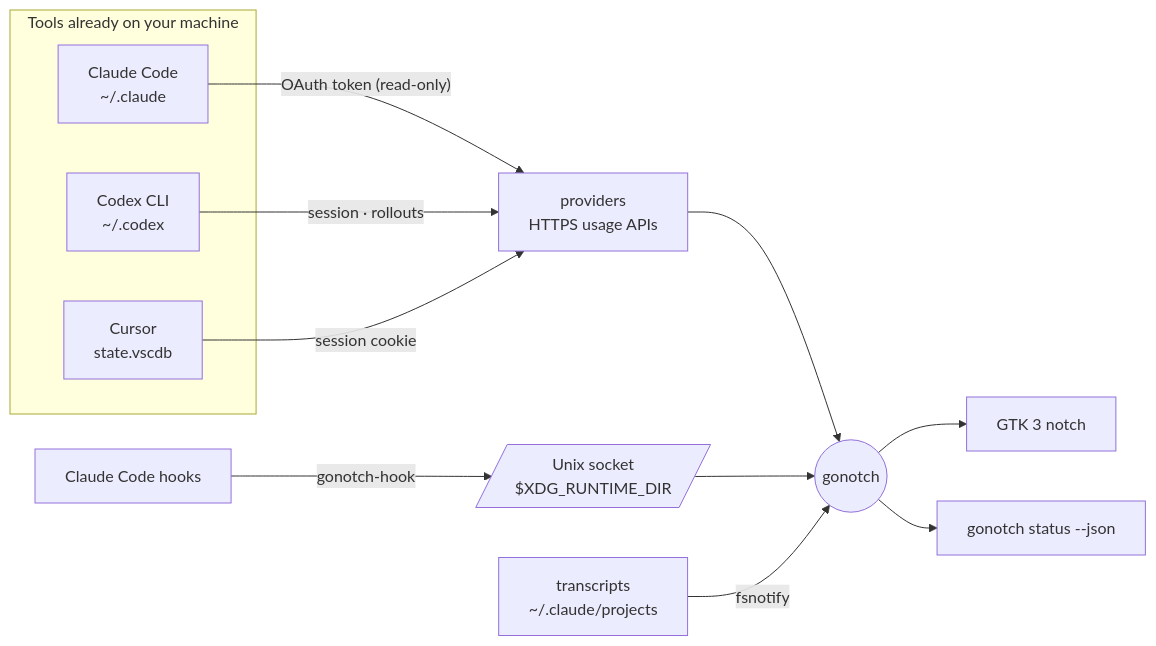
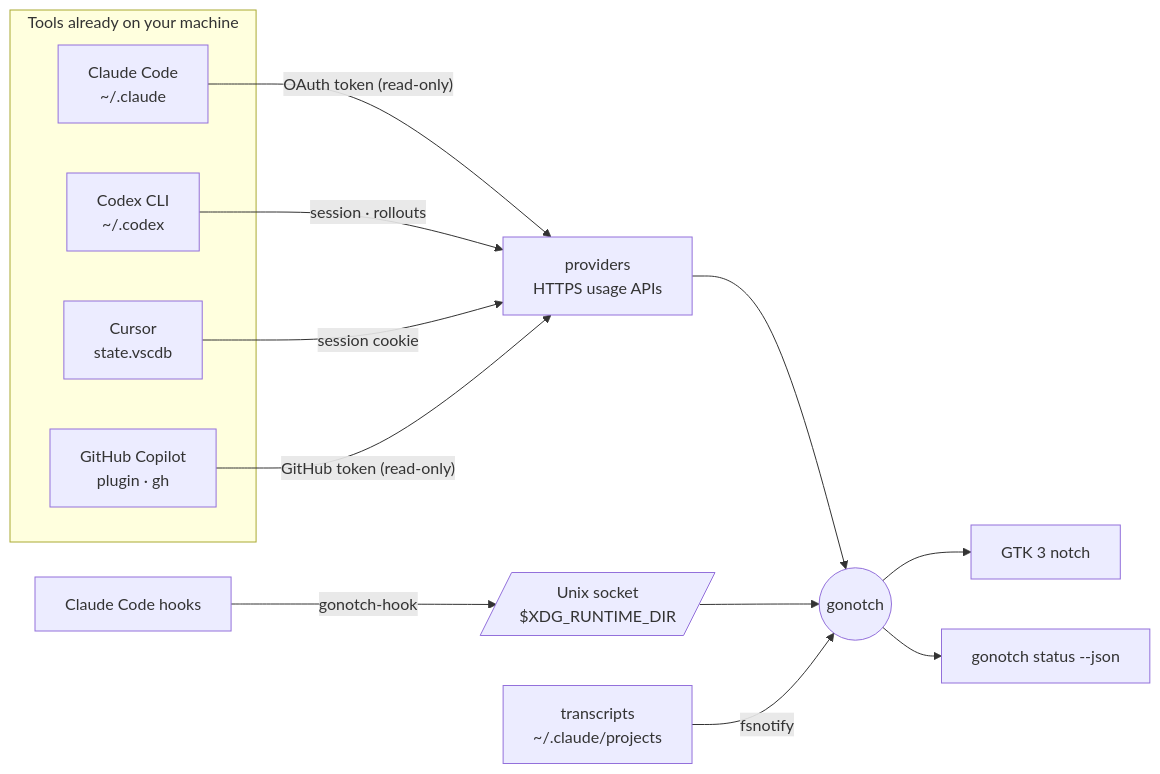
Before and after one commit to Leock9/gonotch: the diagram in README.md, drawn with Mermaid. The commit also changed other lines of this file and 11 other files, not shown here.

First line of the commit message:
Add GitHub Copilot provider

````diff
--- a/README.md
+++ b/README.md
@@ -140,17 +141,19 @@
 ```mermaid
 flowchart LR
     subgraph machine["Tools already on your machine"]
         CC["Claude Code<br/>~/.claude"]
         CX["Codex CLI<br/>~/.codex"]
         CU["Cursor<br/>state.vscdb"]
+        GH["GitHub Copilot<br/>plugin · gh"]
     end
     CC -- "OAuth token (read-only)" --> P
     CX -- "session · rollouts" --> P
     CU -- "session cookie" --> P
+    GH -- "GitHub token (read-only)" --> P
     P["providers<br/>HTTPS usage APIs"] --> A(("gonotch"))
     H["Claude Code hooks"] -- "gonotch-hook" --> S[/"Unix socket<br/>$XDG_RUNTIME_DIR"/]
     S --> A
     T["transcripts<br/>~/.claude/projects"] -- "fsnotify" --> A
     A --> N["GTK 3 notch"]
     A --> J["gonotch status --json"]
 ```
````
